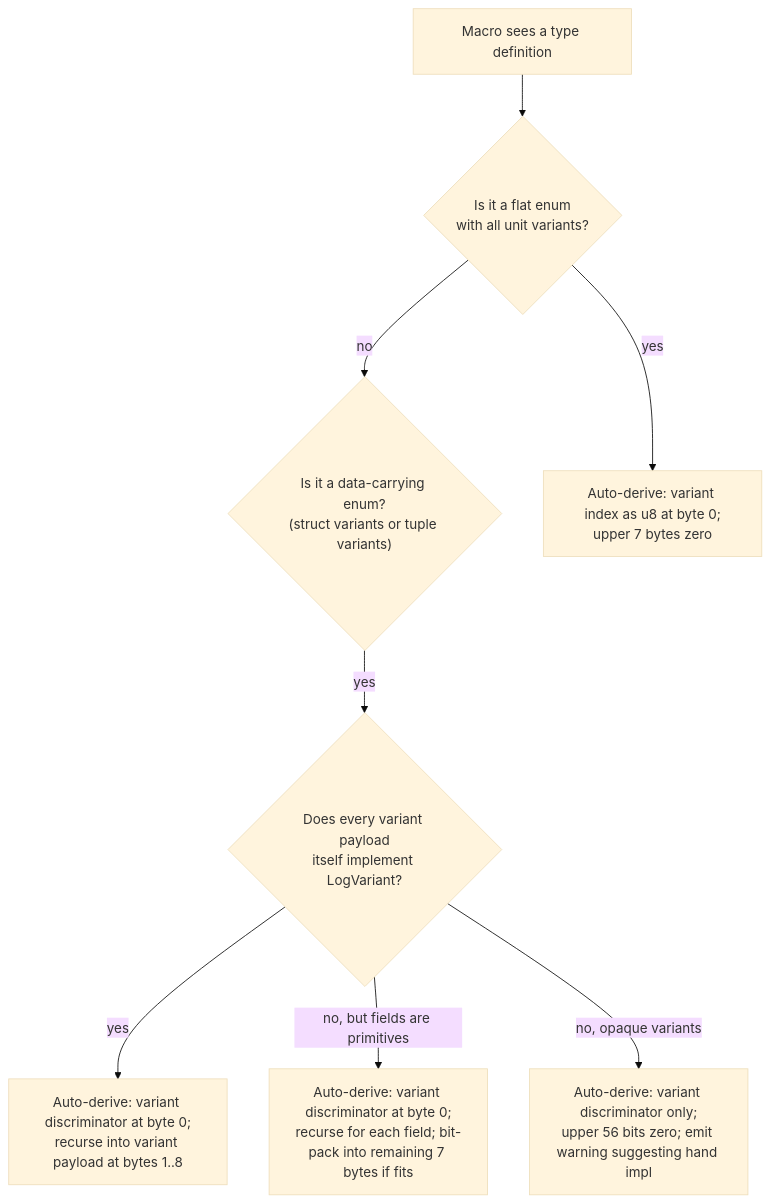
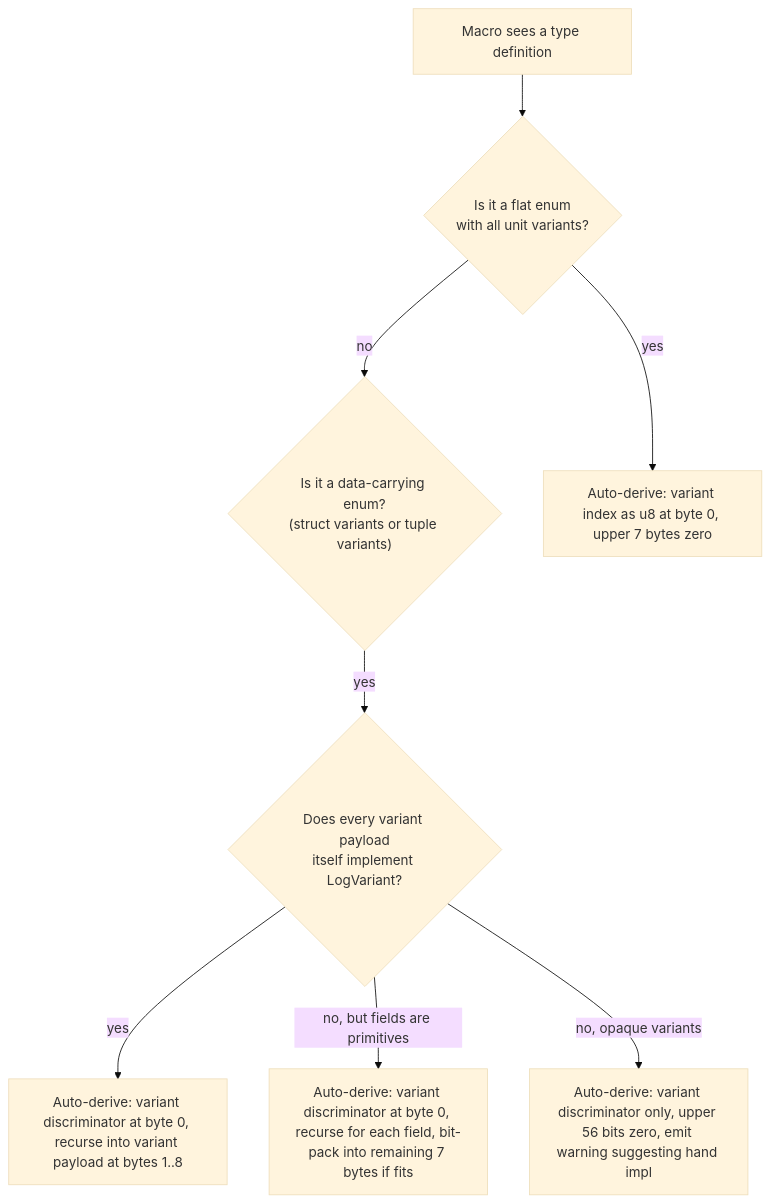
The third of 10 diagrams in reports/second-designer/155-three-tier-signal-sizing-and-lossless-routing-2026-05-22.md (LiGoldragon/primary), drawn with Mermaid (base theme) before and after one commit. The commit also changed other lines of this file, not shown here.

Commit message:
/155 mermaid fixes: replace ; in sequence diagram Notes and arrow text, replace Unicode arrows, simplify participant aliases per skills/mermaid.md

````diff
--- a/reports/second-designer/155-three-tier-signal-sizing-and-lossless-routing-2026-05-22.md
+++ b/reports/second-designer/155-three-tier-signal-sizing-and-lossless-routing-2026-05-22.md
@@ -166,20 +166,20 @@
 ```mermaid
 flowchart TB
     Start["Macro sees a type definition"]
     Q1{"Is it a flat enum<br/>with all unit variants?"}
     Q2{"Is it a data-carrying enum?<br/>(struct variants or tuple variants)"}
     Q3{"Does every variant payload<br/>itself implement LogVariant?"}
 
-    Auto1["Auto-derive: variant index as u8 at byte 0;<br/>upper 7 bytes zero"]
-    Auto2["Auto-derive: variant discriminator at byte 0;<br/>recurse into variant payload at bytes 1..8"]
-    Auto3["Auto-derive: variant discriminator at byte 0;<br/>recurse for each field; bit-pack into remaining 7 bytes if fits"]
-    Fallback["Auto-derive: variant discriminator only;<br/>upper 56 bits zero; emit warning suggesting hand impl"]
+    Auto1["Auto-derive: variant index as u8 at byte 0, upper 7 bytes zero"]
+    Auto2["Auto-derive: variant discriminator at byte 0, recurse into variant payload at bytes 1..8"]
+    Auto3["Auto-derive: variant discriminator at byte 0, recurse for each field, bit-pack into remaining 7 bytes if fits"]
+    Fallback["Auto-derive: variant discriminator only, upper 56 bits zero, emit warning suggesting hand impl"]
 
     Start --> Q1
     Q1 -->|yes| Auto1
     Q1 -->|no| Q2
     Q2 -->|yes| Q3
     Q3 -->|yes| Auto2
     Q3 -->|no, but fields are primitives| Auto3
     Q3 -->|no, opaque variants| Fallback
 ```
````
